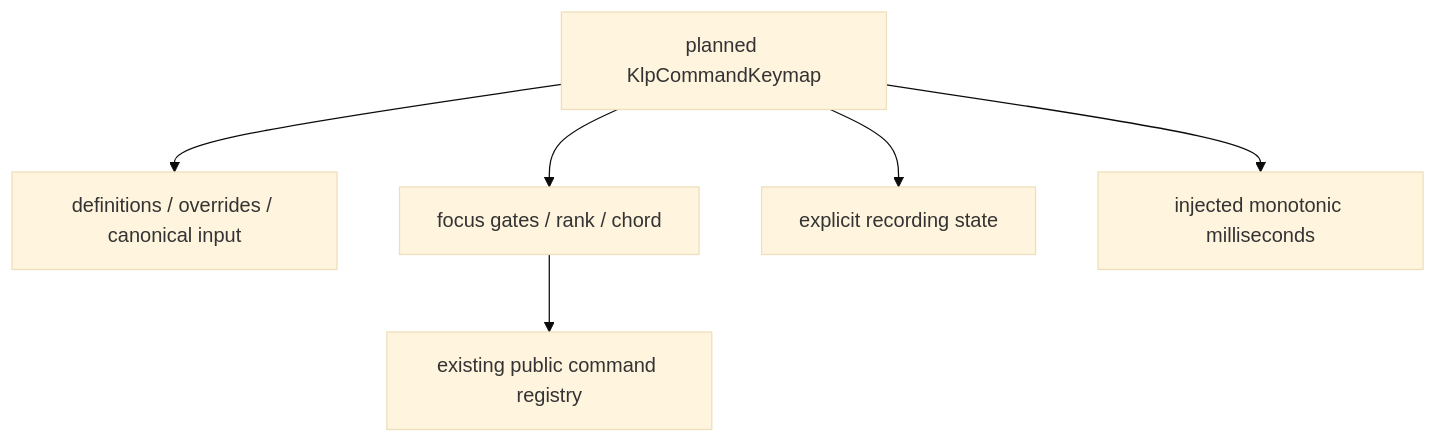
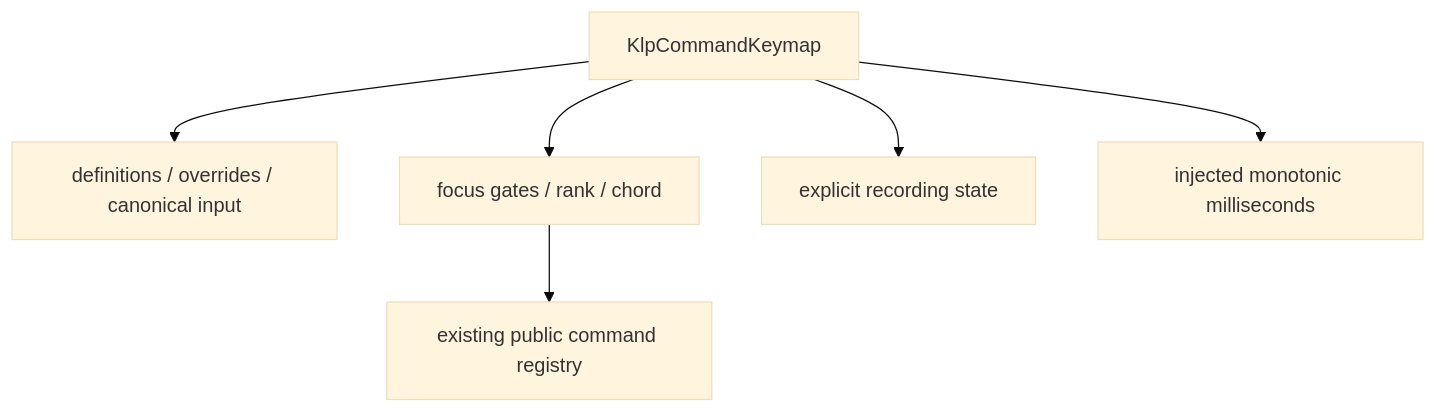
The first of 3 diagrams in flutter/lib/src/features/actions/command_keymap/architecture.md (MiuDog/Kallopis), drawn with Mermaid (base theme) before and after one commit. The commit also changed other lines of this file and 9 other files, not shown here.

````diff
--- a/flutter/lib/src/features/actions/command_keymap/architecture.md
+++ b/flutter/lib/src/features/actions/command_keymap/architecture.md
@@ -11,8 +11,8 @@
 ```mermaid
 flowchart TD
-	Public[planned KlpCommandKeymap] --> Validate[definitions / overrides / canonical input]
+	Public[KlpCommandKeymap] --> Validate[definitions / overrides / canonical input]
 	Public --> Resolve[focus gates / rank / chord]
 	Resolve --> Registry[existing public command registry]
 	Public --> Record[explicit recording state]
 	Public --> Clock[injected monotonic milliseconds]
 ```
````
